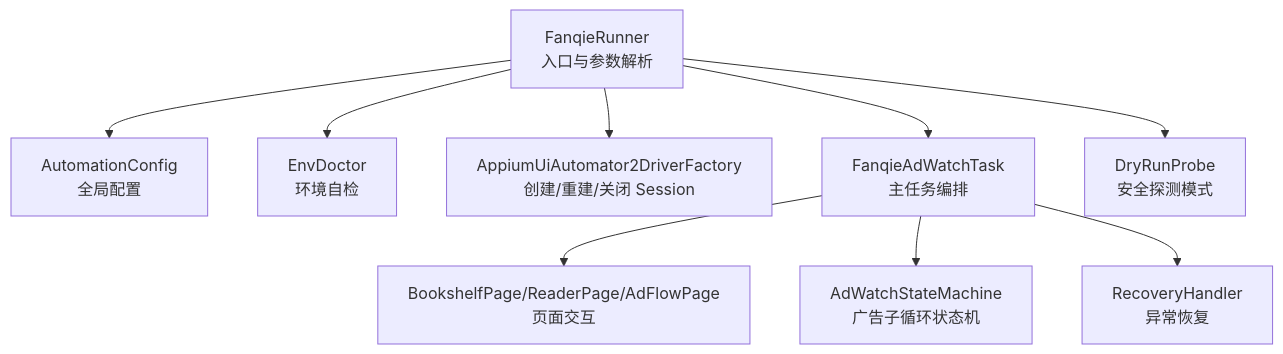
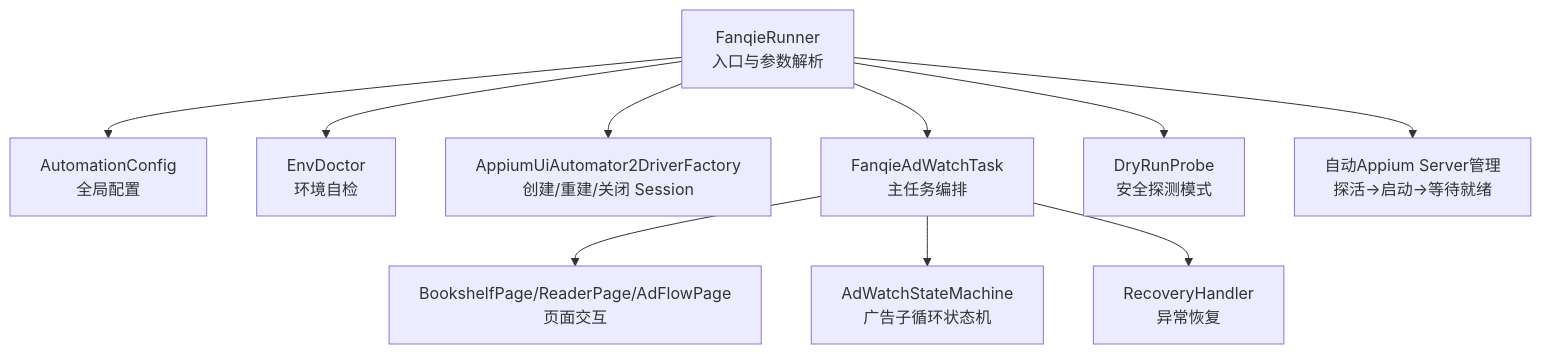
Before and after one commit to silencelabsk/jiulouyu: the first of 5 diagrams in .qoder/repowiki/zh/content/快速开始.md, drawn with Mermaid. The commit also changed other lines of this file and 30 other files, not shown here.

````diff
--- a/.qoder/repowiki/zh/content/快速开始.md
+++ b/.qoder/repowiki/zh/content/快速开始.md
@@ -37,11 +46,12 @@
 ```mermaid
 graph TB
 A["FanqieRunner<br/>入口与参数解析"] --> B["AutomationConfig<br/>全局配置"]
 A --> C["EnvDoctor<br/>环境自检"]
 A --> D["AppiumUiAutomator2DriverFactory<br/>创建/重建/关闭 Session"]
 A --> E["FanqieAdWatchTask<br/>主任务编排"]
 E --> F["BookshelfPage/ReaderPage/AdFlowPage<br/>页面交互"]
 E --> G["AdWatchStateMachine<br/>广告子循环状态机"]
 E --> H["RecoveryHandler<br/>异常恢复"]
 A --> I["DryRunProbe<br/>安全探测模式"]
+A --> J["自动Appium Server管理<br/>探活→启动→等待就绪"]
 ```
````
